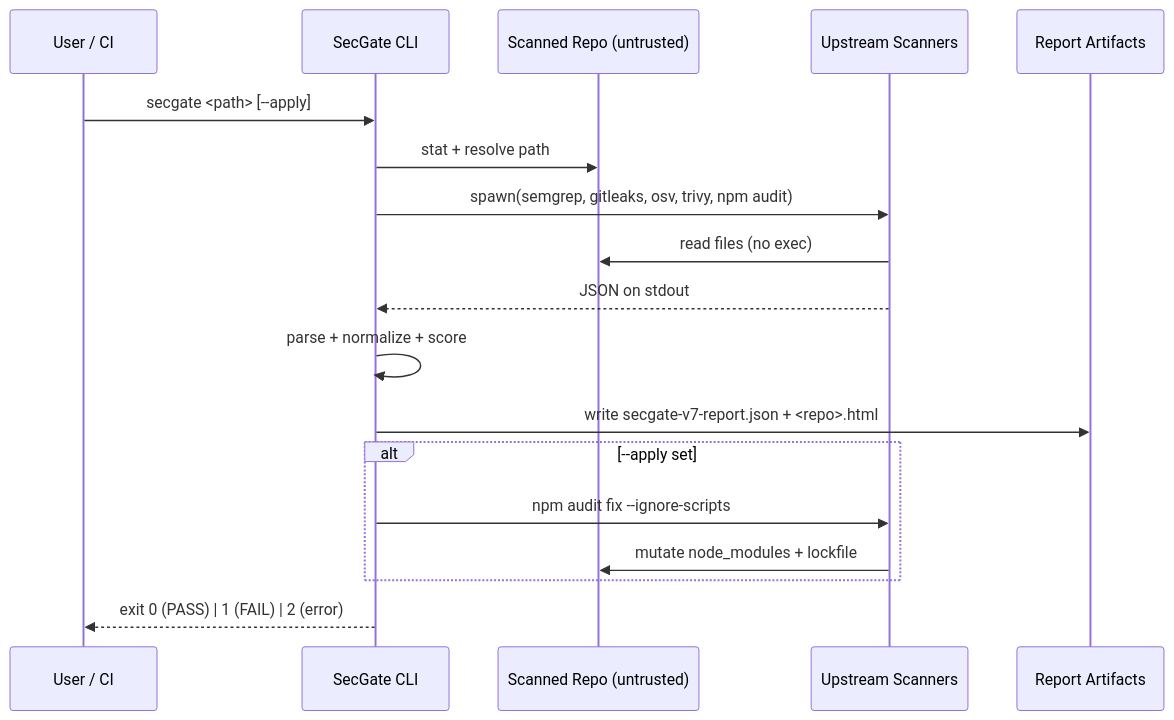
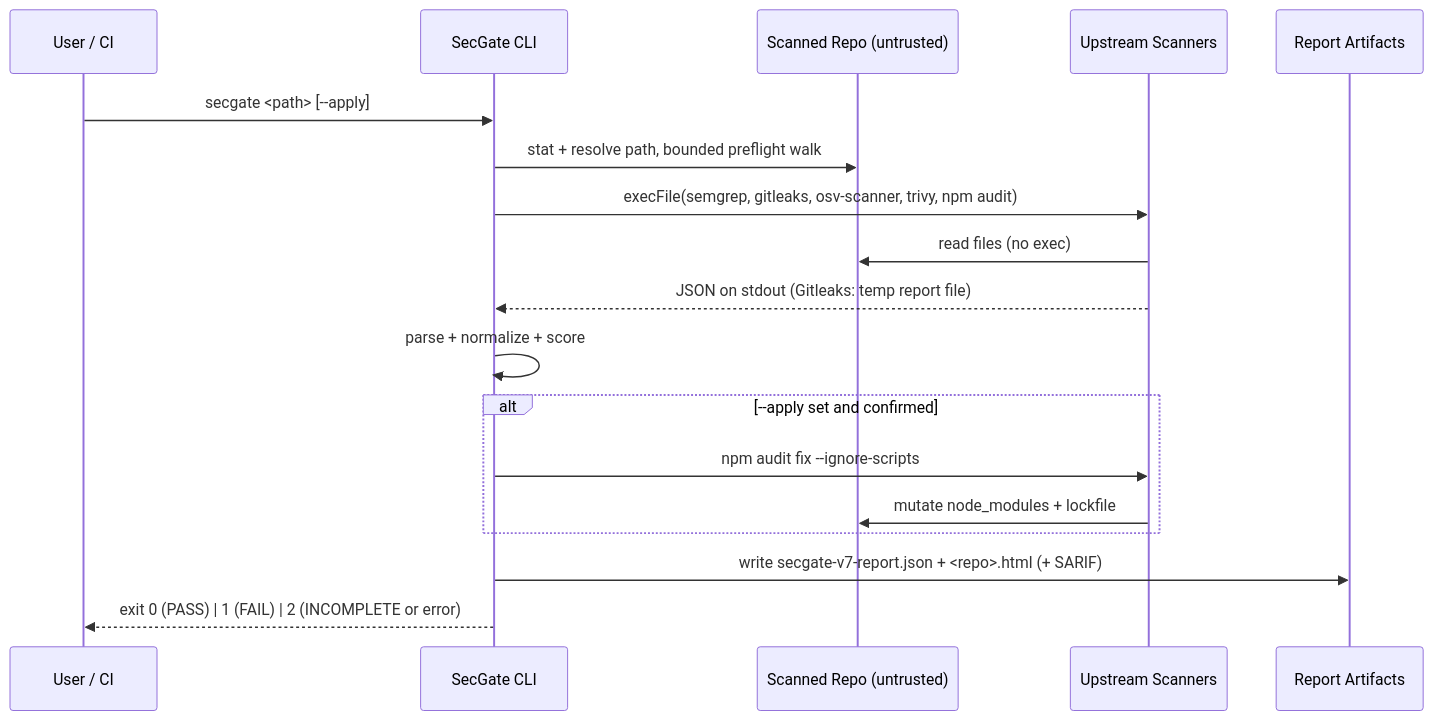
The second of 2 diagrams in docs/threat-model.md (Stelnyx/secgate), drawn with Mermaid before and after one commit. The commit also changed other lines of this file and 17 other files, not shown here.

Commit message:
docs: add ARCHITECTURE.md and align docs with v0.3.3 code

````diff
--- a/docs/threat-model.md
+++ b/docs/threat-model.md
@@ -138,21 +139,21 @@
 ```mermaid
 sequenceDiagram
   participant User as User / CI
   participant CLI as SecGate CLI
   participant FS as Scanned Repo (untrusted)
   participant Scanners as Upstream Scanners
   participant Artifacts as Report Artifacts
 
   User->>CLI: secgate <path> [--apply]
-  CLI->>FS: stat + resolve path
-  CLI->>Scanners: spawn(semgrep, gitleaks, osv, trivy, npm audit)
+  CLI->>FS: stat + resolve path, bounded preflight walk
+  CLI->>Scanners: execFile(semgrep, gitleaks, osv-scanner, trivy, npm audit)
   Scanners->>FS: read files (no exec)
-  Scanners-->>CLI: JSON on stdout
+  Scanners-->>CLI: JSON on stdout (Gitleaks: temp report file)
   CLI->>CLI: parse + normalize + score
-  CLI->>Artifacts: write secgate-v7-report.json + <repo>.html
-  alt --apply set
+  alt --apply set and confirmed
     CLI->>Scanners: npm audit fix --ignore-scripts
     Scanners->>FS: mutate node_modules + lockfile
   end
-  CLI-->>User: exit 0 (PASS) | 1 (FAIL) | 2 (error)
+  CLI->>Artifacts: write secgate-v7-report.json + <repo>.html (+ SARIF)
+  CLI-->>User: exit 0 (PASS) | 1 (FAIL) | 2 (INCOMPLETE or error)
 ```
````
